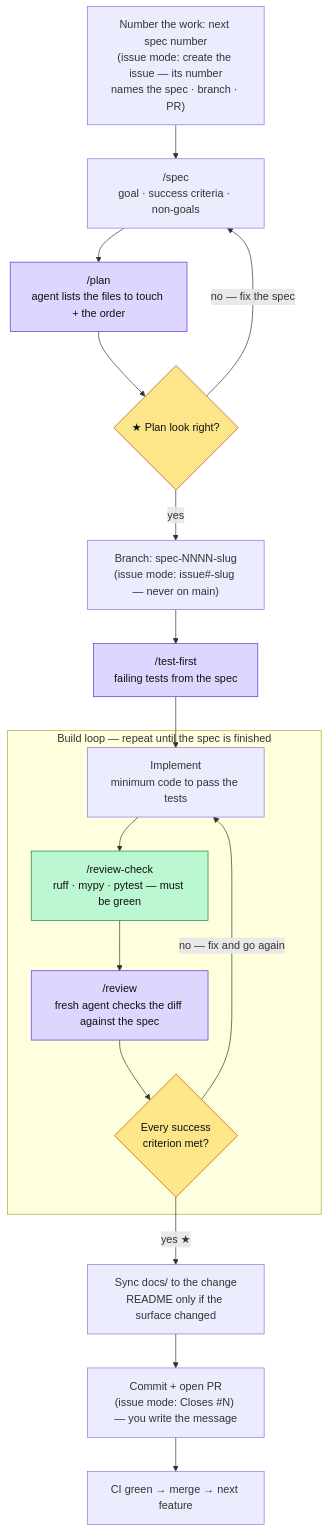
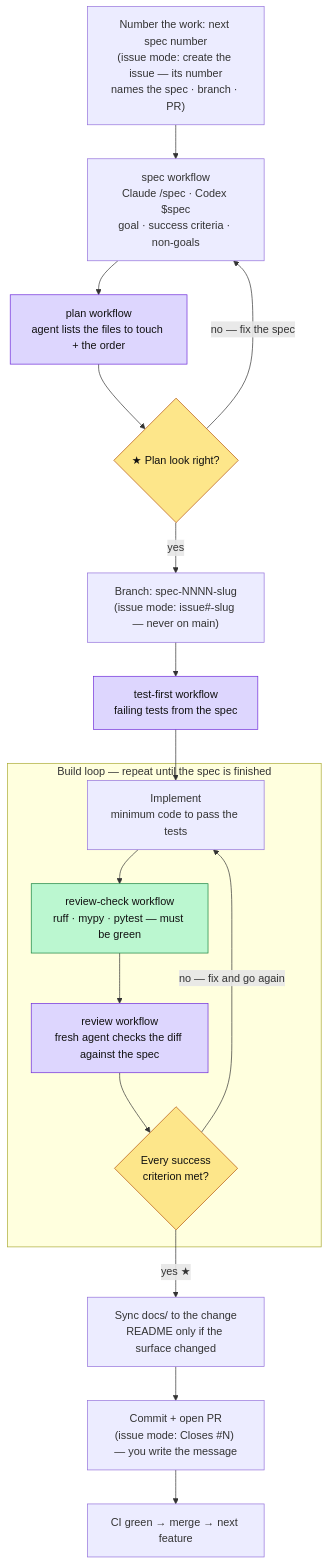
One commit to bbirkinbine/agentic-scaffold changed the third of 6 diagrams in python/docs/workflow-diagram.md. Above: the diagram before and after it, drawn with Mermaid. The commit also changed other lines of this file and 134 other files, not shown here.

First line of the commit message:
Make the scaffold portable across Claude Code and Codex (#13)

````diff
--- a/python/docs/workflow-diagram.md
+++ b/python/docs/workflow-diagram.md
@@ -117,30 +119,30 @@
 ```mermaid
 flowchart TD
     ISS["Number the work: next spec number<br/>(issue mode: create the issue — its number<br/>names the spec · branch · PR)"]
-    ISS --> SPEC["/spec<br/>goal · success criteria · non-goals"]
-    SPEC --> PLAN["/plan<br/>agent lists the files to touch + the order"]
+    ISS --> SPEC["spec workflow<br/>Claude /spec · Codex $spec<br/>goal · success criteria · non-goals"]
+    SPEC --> PLAN["plan workflow<br/>agent lists the files to touch + the order"]
     PLAN --> OK1{"★ Plan look right?"}
     OK1 -->|"no — fix the spec"| SPEC
     OK1 -->|yes| BR["Branch: spec-NNNN-slug<br/>(issue mode: issue#-slug — never on main)"]
-    BR --> TF["/test-first<br/>failing tests from the spec"]
+    BR --> TF["test-first workflow<br/>failing tests from the spec"]
     TF --> IMPL
 
     subgraph LOOP["Build loop — repeat until the spec is finished"]
       IMPL["Implement<br/>minimum code to pass the tests"]
-      IMPL --> CHK["/review-check<br/>ruff · mypy · pytest — must be green"]
-      CHK --> REV["/review<br/>fresh agent checks the diff against the spec"]
+      IMPL --> CHK["review-check workflow<br/>ruff · mypy · pytest — must be green"]
+      CHK --> REV["review workflow<br/>fresh agent checks the diff against the spec"]
       REV --> DONE{"Every success<br/>criterion met?"}
       DONE -->|"no — fix and go again"| IMPL
     end
 
     DONE -->|"yes ★"| DOCS["Sync docs/ to the change<br/>README only if the surface changed"]
     DOCS --> SHIP["Commit + open PR<br/>(issue mode: Closes #N) — you write the message"]
     SHIP --> MERGE["CI green → merge → next feature"]
 
     classDef checkpoint fill:#fde68a,stroke:#b45309,color:#111;
     classDef gate fill:#bbf7d0,stroke:#15803d,color:#111;
     classDef subagent fill:#ddd6fe,stroke:#6d28d9,color:#111;
     class OK1,DONE checkpoint;
     class CHK gate;
     class PLAN,TF,REV subagent;
 ```
````
